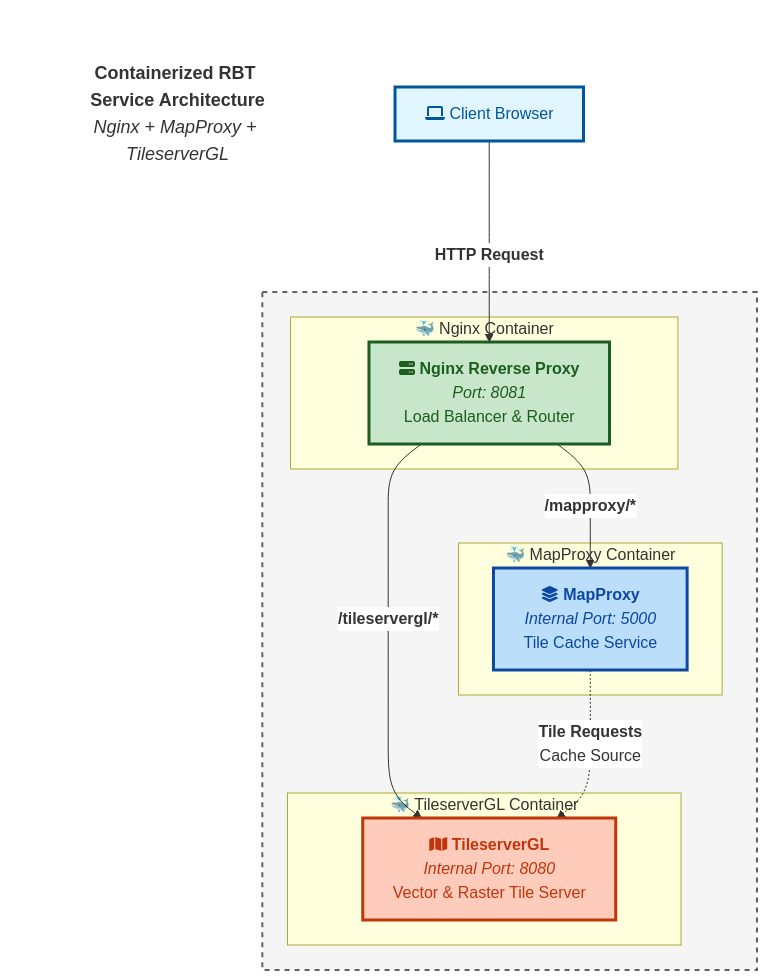
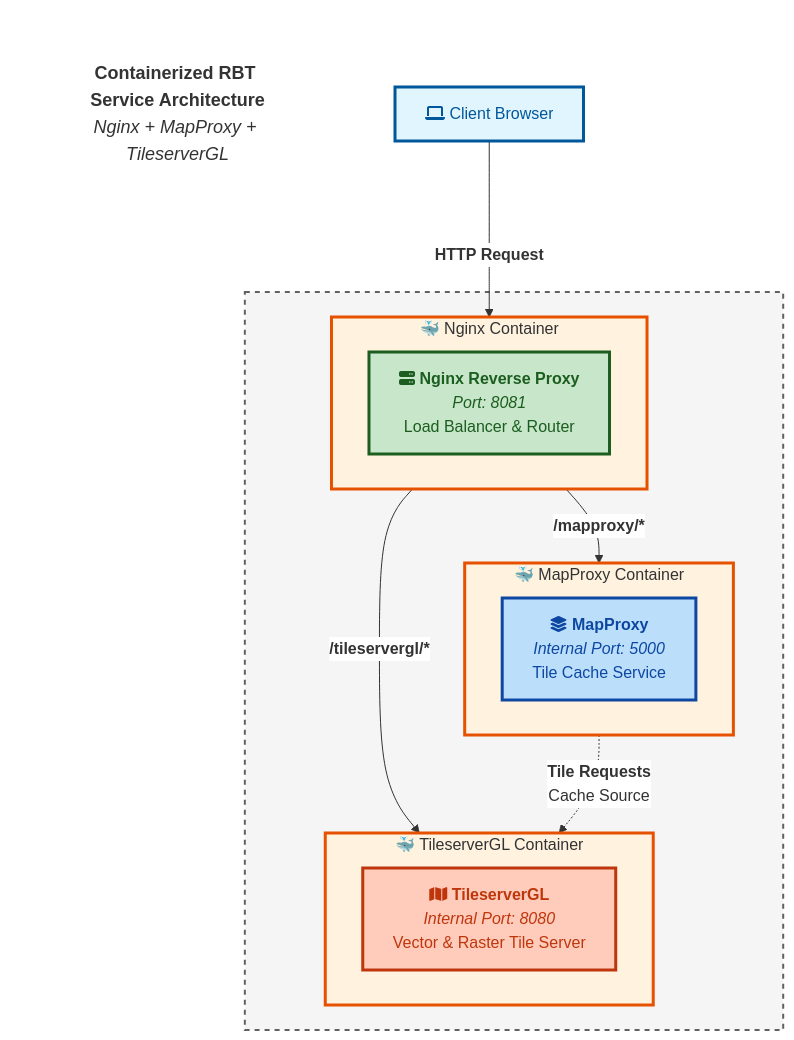
One commit to mjj203/agc-rbt changed the diagram in README.md. Above: the diagram before and after it, drawn with Mermaid.

Commit message:
update diagram

````diff
--- a/README.md
+++ b/README.md
@@ -58,50 +58,54 @@
 ```mermaid
 %%{init: {'theme':'default', 'themeVariables': {'primaryTextColor':'#000', 'edgeLabelBackground':'#ffffff'}}}%%
 graph TB
     %% Define styles
     classDef clientStyle fill:#e1f5fe,stroke:#01579b,stroke-width:3px,color:#01579b
     classDef nginxStyle fill:#c8e6c9,stroke:#1b5e20,stroke-width:3px,color:#1b5e20
     classDef mapproxyStyle fill:#bbdefb,stroke:#0d47a1,stroke-width:3px,color:#0d47a1
     classDef tileserverStyle fill:#ffccbc,stroke:#bf360c,stroke-width:3px,color:#bf360c
     classDef networkStyle fill:#f5f5f5,stroke:#616161,stroke-width:2px,stroke-dasharray: 5 5
+    classDef containerBoxStyle fill:#fff3e0,stroke:#e65100,stroke-width:3px
     
     %% Client
     CLIENT[fa:fa-laptop Client Browser]:::clientStyle
     
     %% Docker Network Container
     subgraph DOCKER_NET[" "]
         %% Nginx Container
         subgraph NGINX_CONTAINER["🐳 Nginx Container"]
             NGINX[fa:fa-server <b>Nginx Reverse Proxy</b><br/><i>Port: 8081</i><br/>Load Balancer & Router]:::nginxStyle
         end
         
         %% MapProxy Container
         subgraph MAPPROXY_CONTAINER["🐳 MapProxy Container"]
             MP[fa:fa-layer-group <b>MapProxy</b><br/><i>Internal Port: 5000</i><br/>Tile Cache Service]:::mapproxyStyle
         end
         
         %% TileserverGL Container
         subgraph TILESERVER_CONTAINER["🐳 TileserverGL Container"]
             TS[fa:fa-map <b>TileserverGL</b><br/><i>Internal Port: 8080</i><br/>Vector & Raster Tile Server]:::tileserverStyle
         end
     end
     
     %% Connections
-    CLIENT -->|"<b>HTTP Request</b><br/>"| NGINX
+    CLIENT -->|"<b>HTTP Request</b><br/>"| NGINX_CONTAINER
     
-    NGINX -->|"<b>/mapproxy/*</b>"| MP
-    NGINX -->|"<b>/tileservergl/*</b>"| TS
+    NGINX_CONTAINER -->|"<b>/mapproxy/*</b>"| MAPPROXY_CONTAINER
+    NGINX_CONTAINER -->|"<b>/tileservergl/*</b>"| TILESERVER_CONTAINER
     
-    MP -.->|"<b>Tile Requests</b><br/>Cache Source<br/>"| TS
+    MAPPROXY_CONTAINER -.->|"<b>Tile Requests</b><br/>Cache Source<br/>"| TILESERVER_CONTAINER
     
     %% Apply network style
     class DOCKER_NET networkStyle
+    
+    %% Apply container styles
+    class NGINX_CONTAINER,MAPPROXY_CONTAINER,TILESERVER_CONTAINER containerBoxStyle
     
     %% Add title
     subgraph TITLE[" "]
         T[<b>Containerized RBT Service Architecture</b><br/><i>Nginx + MapProxy + TileserverGL</i>]
     end
     
     style TITLE fill:none,stroke:none
     style T fill:none,stroke:none,font-size:18px
 ```
````
